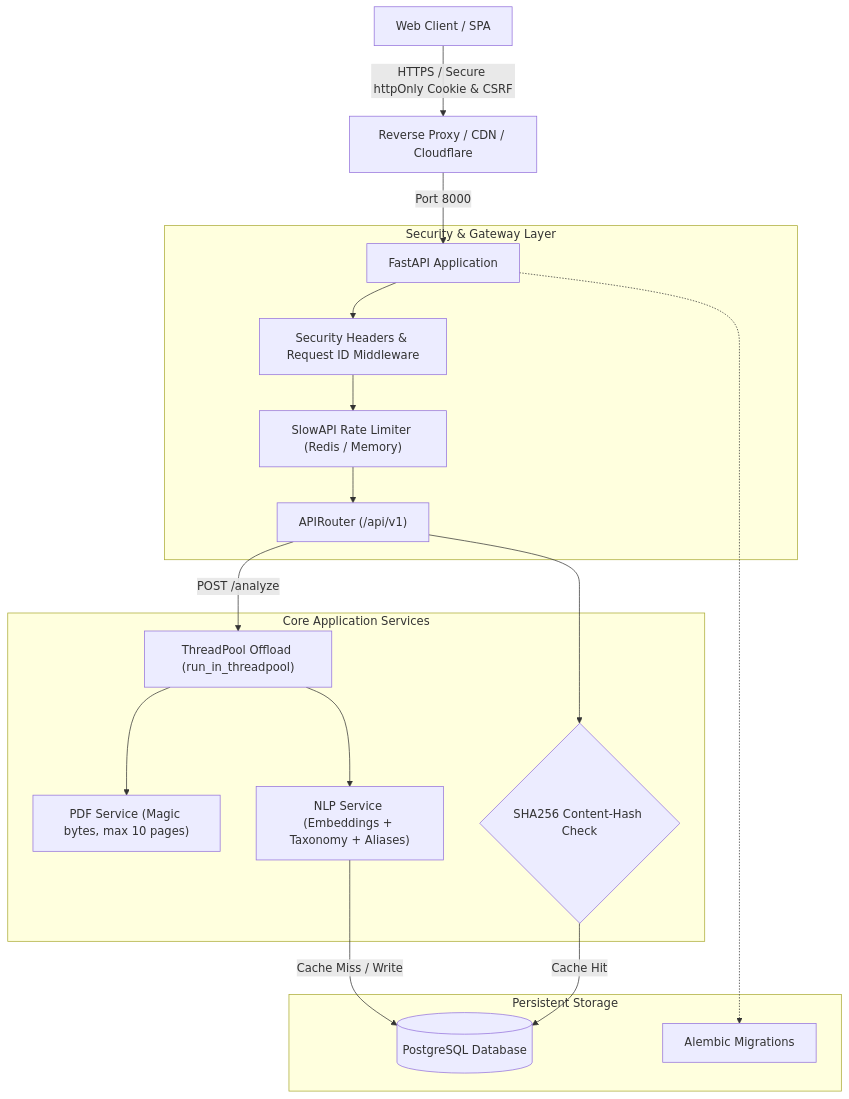
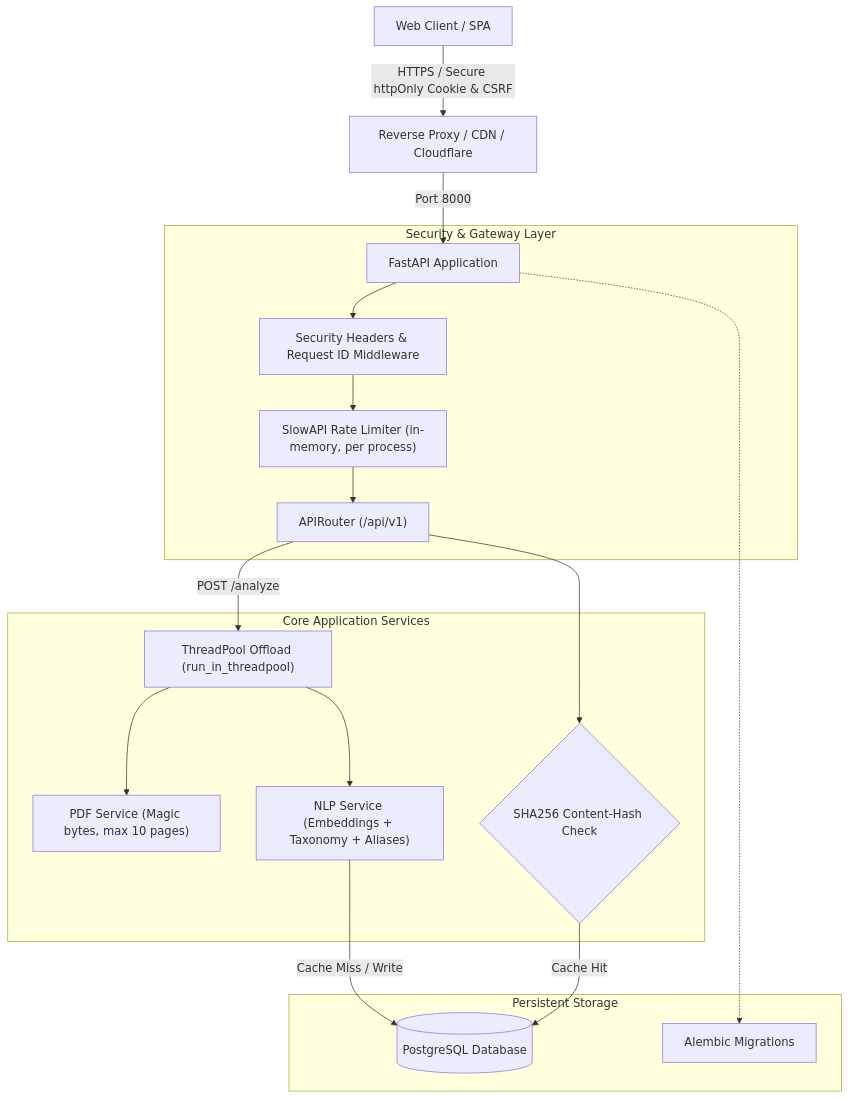
The diagram in README.md (yousafaiofficial/ResumeFit), drawn with Mermaid before and after one commit. The commit also changed other lines of this file and 15 other files, not shown here.

````diff
--- a/README.md
+++ b/README.md
@@ -15,24 +15,24 @@
 ```mermaid
 flowchart TD
     Client["Web Client / SPA"] -->|"HTTPS / Secure httpOnly Cookie & CSRF"| Proxy["Reverse Proxy / CDN / Cloudflare"]
     Proxy -->|"Port 8000"| App["FastAPI Application"]
 
     subgraph Security_Layer["Security & Gateway Layer"]
         App --> MW["Security Headers & Request ID Middleware"]
-        MW --> RL["SlowAPI Rate Limiter (Redis / Memory)"]
+        MW --> RL["SlowAPI Rate Limiter (in-memory, per process)"]
         RL --> Router["APIRouter (/api/v1)"]
     end
 
     subgraph Core_Services["Core Application Services"]
         Router -->|"POST /analyze"| ThreadPool["ThreadPool Offload (run_in_threadpool)"]
         ThreadPool --> PDFService["PDF Service (Magic bytes, max 10 pages)"]
         ThreadPool --> NLPService["NLP Service (Embeddings + Taxonomy + Aliases)"]
         Router --> HashCache{"SHA256 Content-Hash Check"}
     end
 
     subgraph Storage_Layer["Persistent Storage"]
         HashCache -->|"Cache Hit"| DB[(PostgreSQL Database)]
         NLPService -->|"Cache Miss / Write"| DB
         App -.-> Alembic["Alembic Migrations"]
     end
 ```
````
